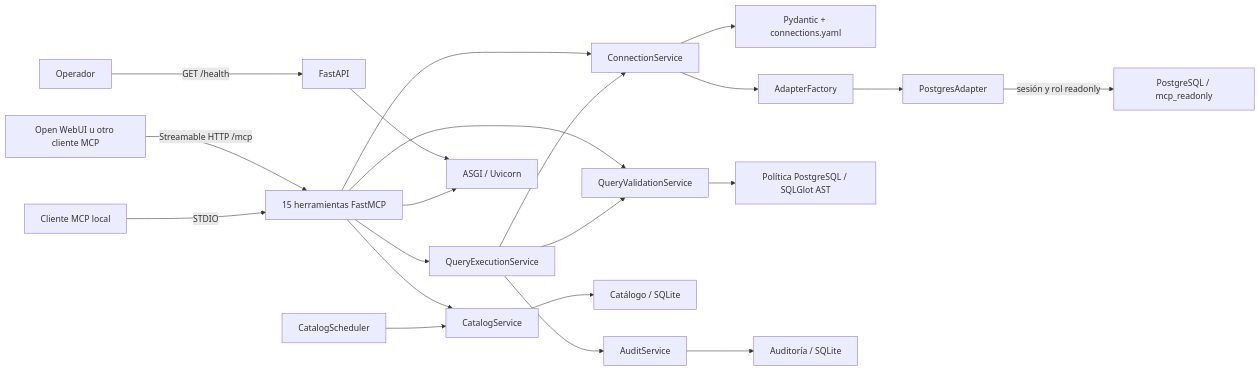
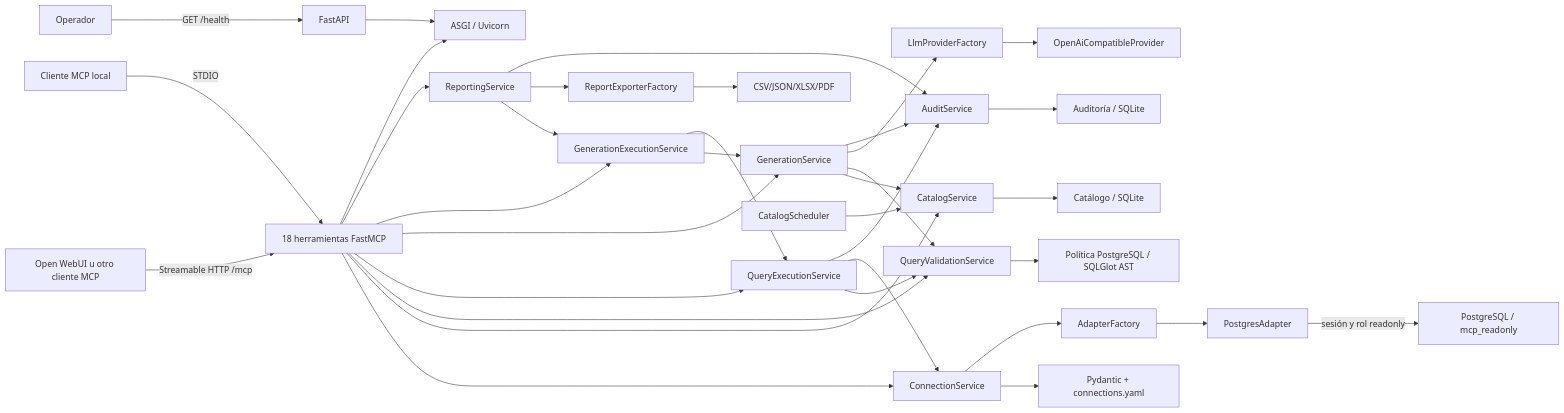
One commit to 1franky/data-analits-MCP changed the first of 2 diagrams in docs/architecture.md. Above: the diagram before and after it, drawn with Mermaid. The commit also changed other lines of this file and 69 other files, not shown here.

First line of the commit message:
feat: implement sprint 5 LLM query generation and reporting

````diff
--- a/docs/architecture.md
+++ b/docs/architecture.md
@@ -25,23 +30,37 @@
 ```mermaid
 flowchart LR
-    NetworkClient["Open WebUI u otro cliente MCP"] -->|"Streamable HTTP /mcp"| Tools["15 herramientas FastMCP"]
+    NetworkClient["Open WebUI u otro cliente MCP"] -->|"Streamable HTTP /mcp"| Tools["18 herramientas FastMCP"]
     LocalClient["Cliente MCP local"] -->|"STDIO"| Tools
     Operator["Operador"] -->|"GET /health"| API["FastAPI"]
     Tools --> CS["ConnectionService"]
     Tools --> Cat["CatalogService"]
     Tools --> Validator["QueryValidationService"]
     Tools --> Executor["QueryExecutionService"]
+    Tools --> Gen["GenerationService"]
+    Tools --> GenExec["GenerationExecutionService"]
+    Tools --> Report["ReportingService"]
     Executor --> Validator
     Executor --> CS
+    GenExec --> Gen
+    GenExec --> Executor
+    Report --> GenExec
+    Report --> ExpFactory["ReportExporterFactory"]
+    ExpFactory --> Exporters["CSV/JSON/XLSX/PDF"]
+    Gen --> Cat
+    Gen --> Validator
+    Gen --> LlmFactory["LlmProviderFactory"]
+    LlmFactory --> LlmProvider["OpenAiCompatibleProvider"]
     CS --> Config["Pydantic + connections.yaml"]
     CS --> Factory["AdapterFactory"]
     Factory --> PG["PostgresAdapter"]
     PG -->|"sesión y rol readonly"| DB["PostgreSQL / mcp_readonly"]
     Cat --> CatalogDB["Catálogo / SQLite"]
     Executor --> Audit["AuditService"]
+    Gen --> Audit
+    Report --> Audit
     Validator --> Policy["Política PostgreSQL / SQLGlot AST"]
     Audit --> AuditDB["Auditoría / SQLite"]
     Scheduler["CatalogScheduler"] --> Cat
     API --> ASGI["ASGI / Uvicorn"]
     Tools --> ASGI
 ```
````
